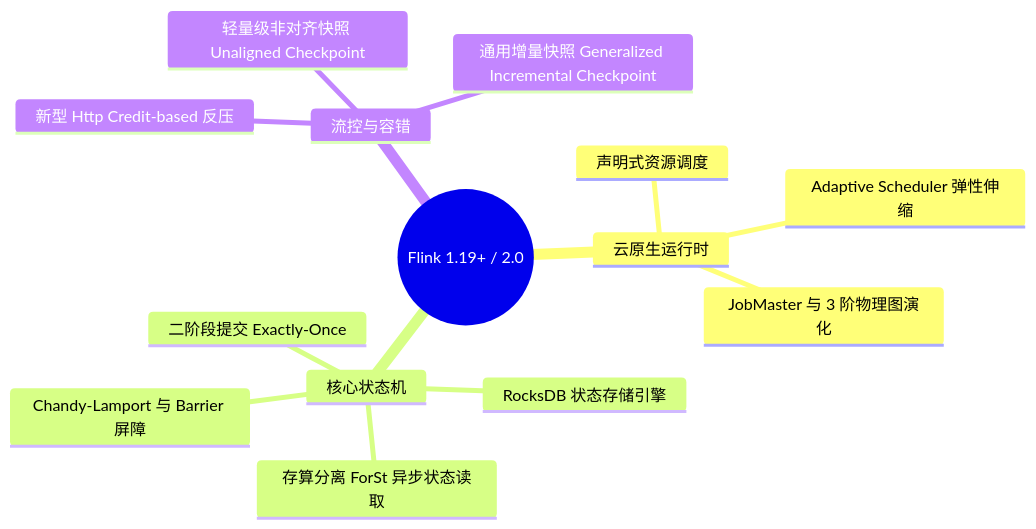
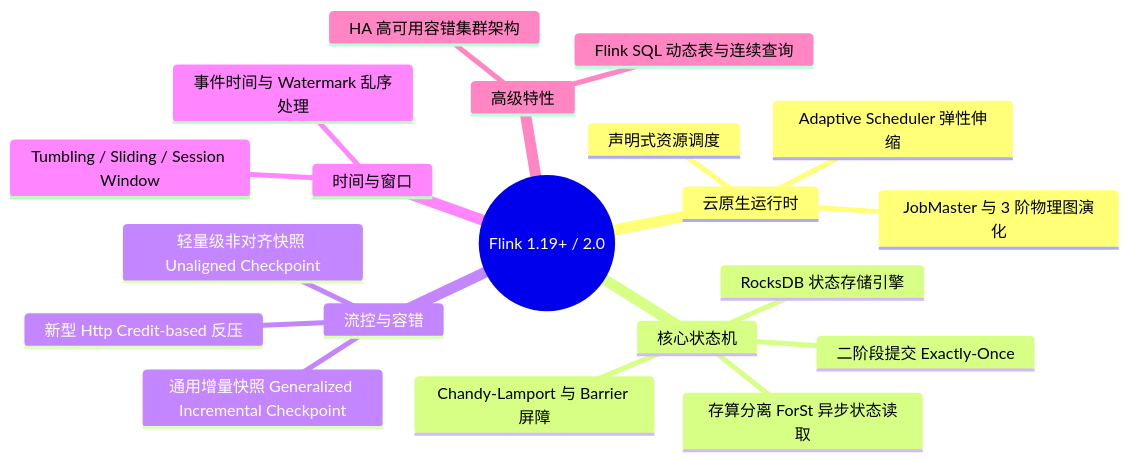
The diagram in docs/distributed/flink/0-readme.md (Aiden-Coding/AiDocs), drawn with Mermaid before and after one commit. The commit also changed other lines of this file and 6 other files, not shown here.

````diff
--- a/docs/distributed/flink/0-readme.md
+++ b/docs/distributed/flink/0-readme.md
@@ -17,17 +17,23 @@
 ```mermaid
 mindmap
   root((Flink 1.19+ / 2.0))
     云原生运行时
       声明式资源调度
       JobMaster 与 3 阶物理图演化
       Adaptive Scheduler 弹性伸缩
     核心状态机
       RocksDB 状态存储引擎
       存算分离 ForSt 异步状态读取
       Chandy-Lamport 与 Barrier 屏障
       二阶段提交 Exactly-Once
     流控与容错
       新型 Http Credit-based 反压
       轻量级非对齐快照 Unaligned Checkpoint
       通用增量快照 Generalized Incremental Checkpoint
+    时间与窗口
+      事件时间与 Watermark 乱序处理
+      Tumbling / Sliding / Session Window
+    高级特性
+      Flink SQL 动态表与连续查询
+      HA 高可用容错集群架构
 ```
````
